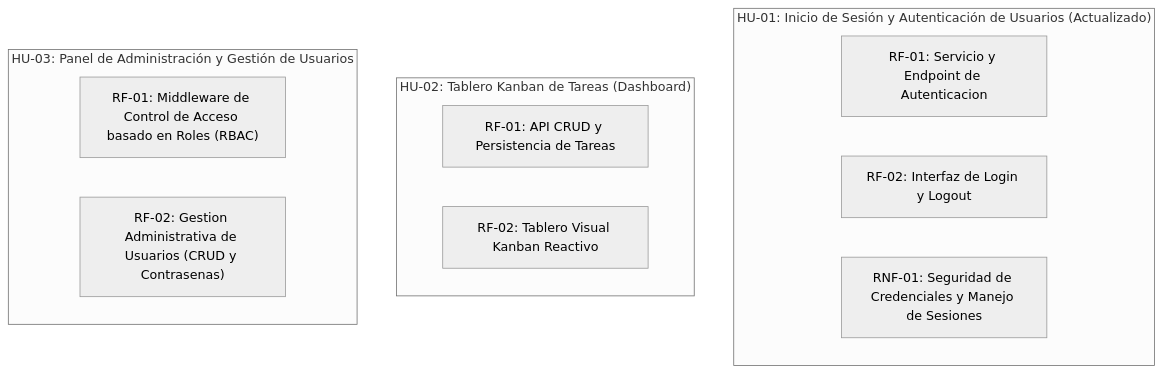
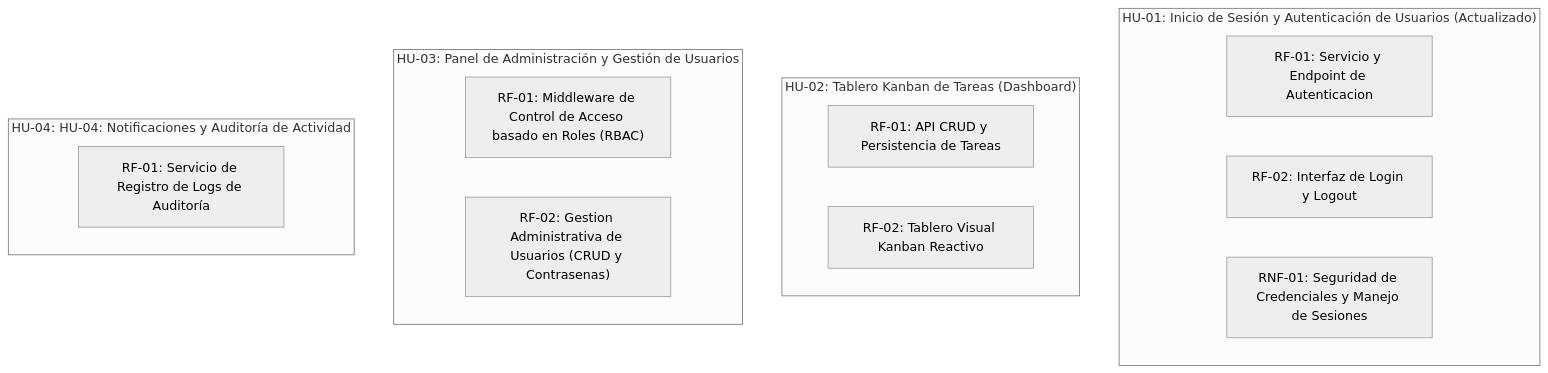
One commit to fiemcasals/PRUEBA_SCRUM changed the diagram in docs/grafo.md. Above: the diagram before and after it, drawn with Mermaid (neutral theme). The commit also changed other lines of this file, not shown here.

Commit message:
Auto-publish: actualiza docs/grafo.md

````diff
--- a/docs/grafo.md
+++ b/docs/grafo.md
@@ -5,16 +5,19 @@
 ```mermaid
 graph TD
   subgraph US_1786548038997["HU-01: Inicio de Sesión y Autenticación de Usuarios (Actualizado)"]
     REQ_1786550047158["RF-01: Servicio y Endpoint de Autenticacion"]
     REQ_1786550047244["RF-02: Interfaz de Login y Logout"]
     REQ_1786550047330["RNF-01: Seguridad de Credenciales y Manejo de Sesiones"]
   end
   subgraph US_1786548041528["HU-02: Tablero Kanban de Tareas (Dashboard)"]
     REQ_1786550047416["RF-01: API CRUD y Persistencia de Tareas"]
     REQ_1786550047501["RF-02: Tablero Visual Kanban Reactivo"]
   end
   subgraph US_1786548043984["HU-03: Panel de Administración y Gestión de Usuarios"]
     REQ_1786550047567["RF-01: Middleware de Control de Acceso basado en Roles (RBAC)"]
     REQ_1786550047637["RF-02: Gestion Administrativa de Usuarios (CRUD y Contrasenas)"]
   end
+  subgraph US_1786638004323["HU-04: HU-04: Notificaciones y Auditoría de Actividad"]
+    REQ_1786638016981["RF-01: Servicio de Registro de Logs de Auditoría"]
+  end
 ```
````
